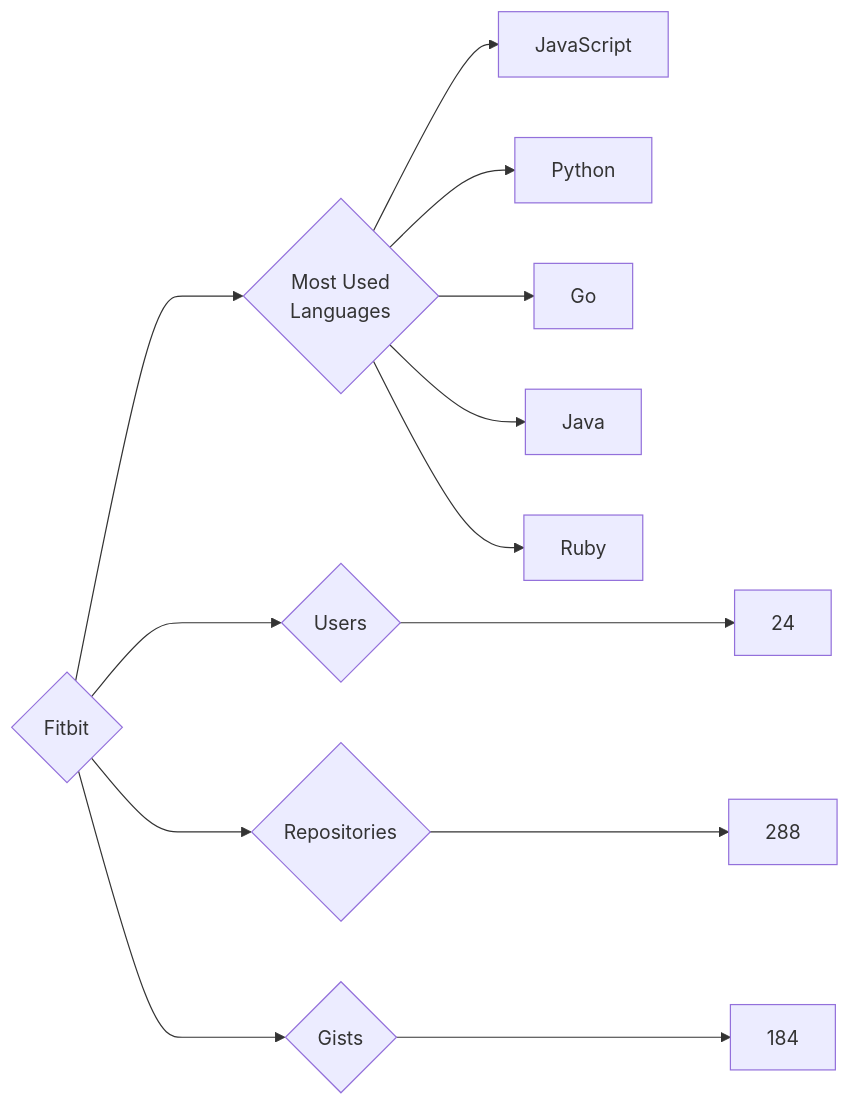
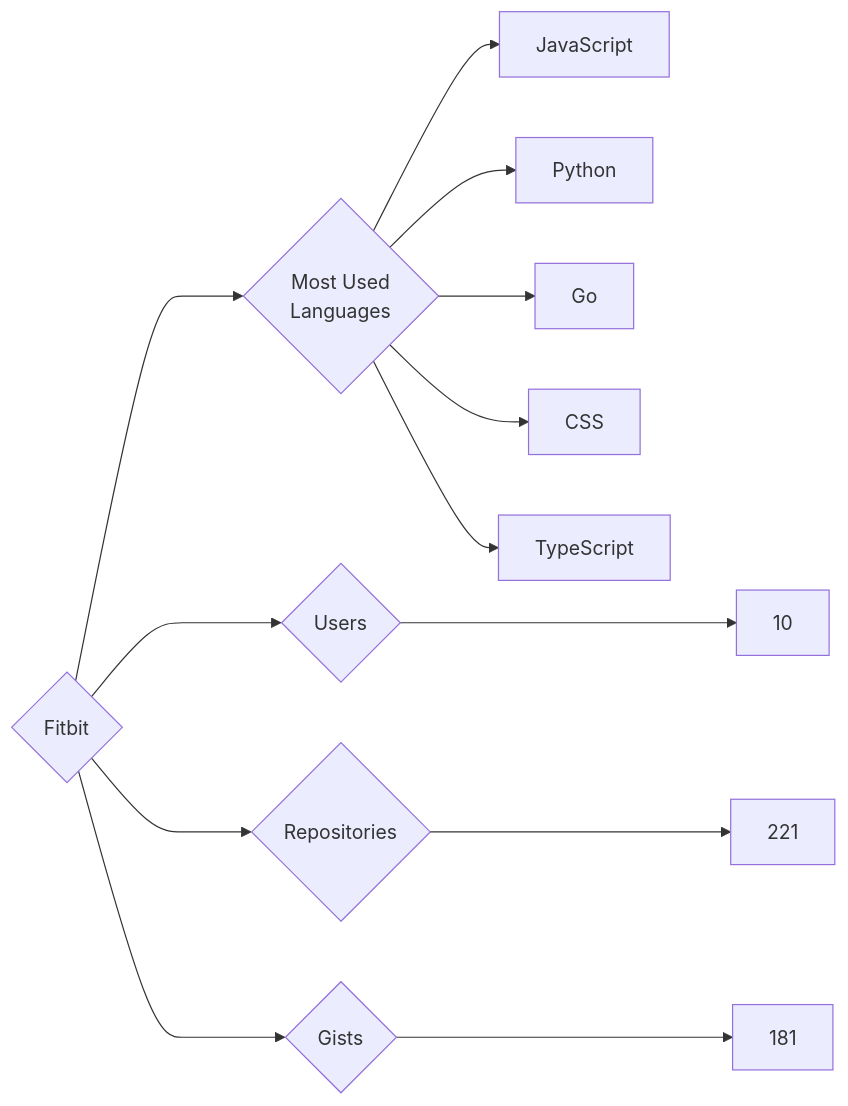
One commit to trickest/insiders changed the diagram in targets/Fitbit/README.md. Above: the diagram before and after it, drawn with Mermaid. The commit also changed 611 other files, not shown here.

````diff
--- a/targets/Fitbit/README.md
+++ b/targets/Fitbit/README.md
@@ -3,13 +3,13 @@
 ```mermaid
 graph LR
 COMPANY_NAME{Fitbit}
-COMPANY_NAME ---> U{Users} ---> UN[24]
-COMPANY_NAME ---> R{Repositories} ---> RN[288]
-COMPANY_NAME ---> G{Gists} ---> GN[184]
+COMPANY_NAME ---> U{Users} ---> UN[10]
+COMPANY_NAME ---> R{Repositories} ---> RN[221]
+COMPANY_NAME ---> G{Gists} ---> GN[181]
 COMPANY_NAME ---> ML{Most Used<br>Languages}
 ML --> JavaScript[JavaScript]
 ML --> Python[Python]
 ML --> Go[Go]
-ML --> Java[Java]
-ML --> Ruby[Ruby]
+ML --> CSS[CSS]
+ML --> TypeScript[TypeScript]
 ```
````
